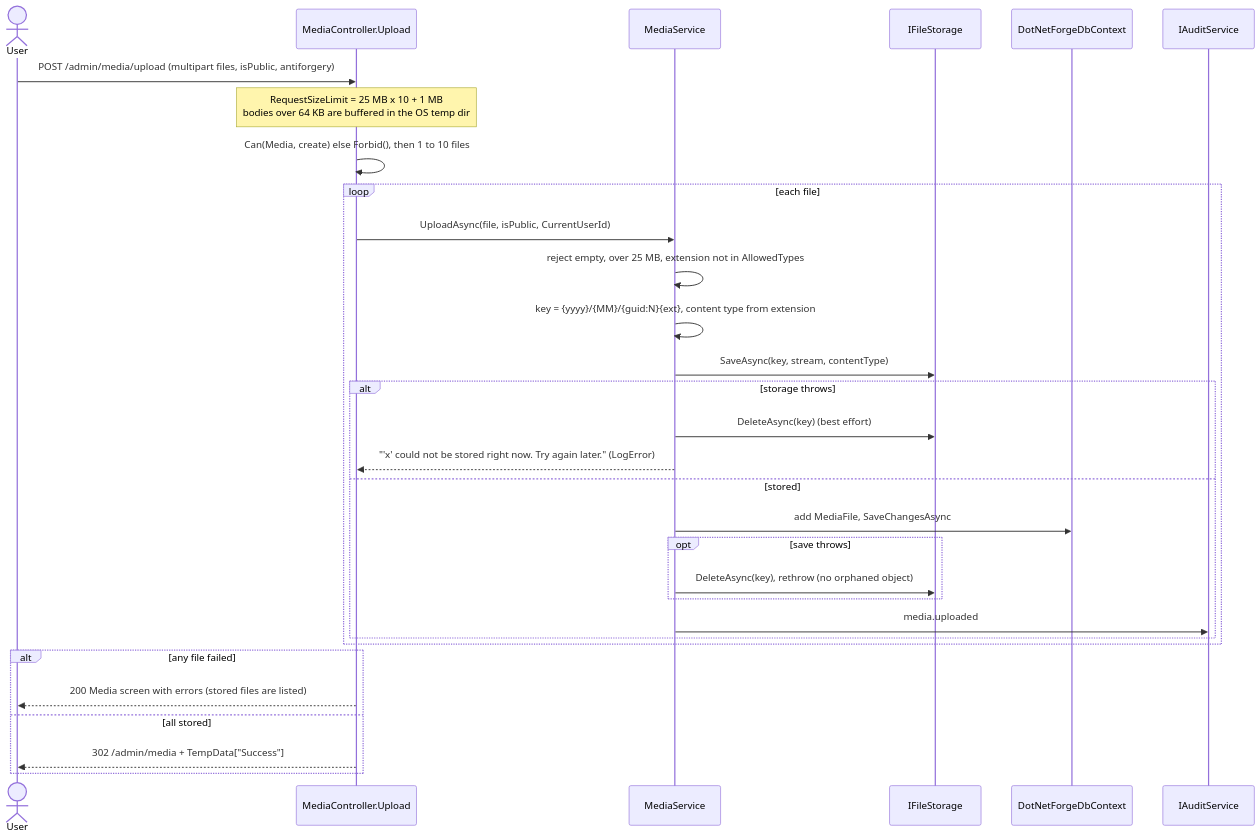
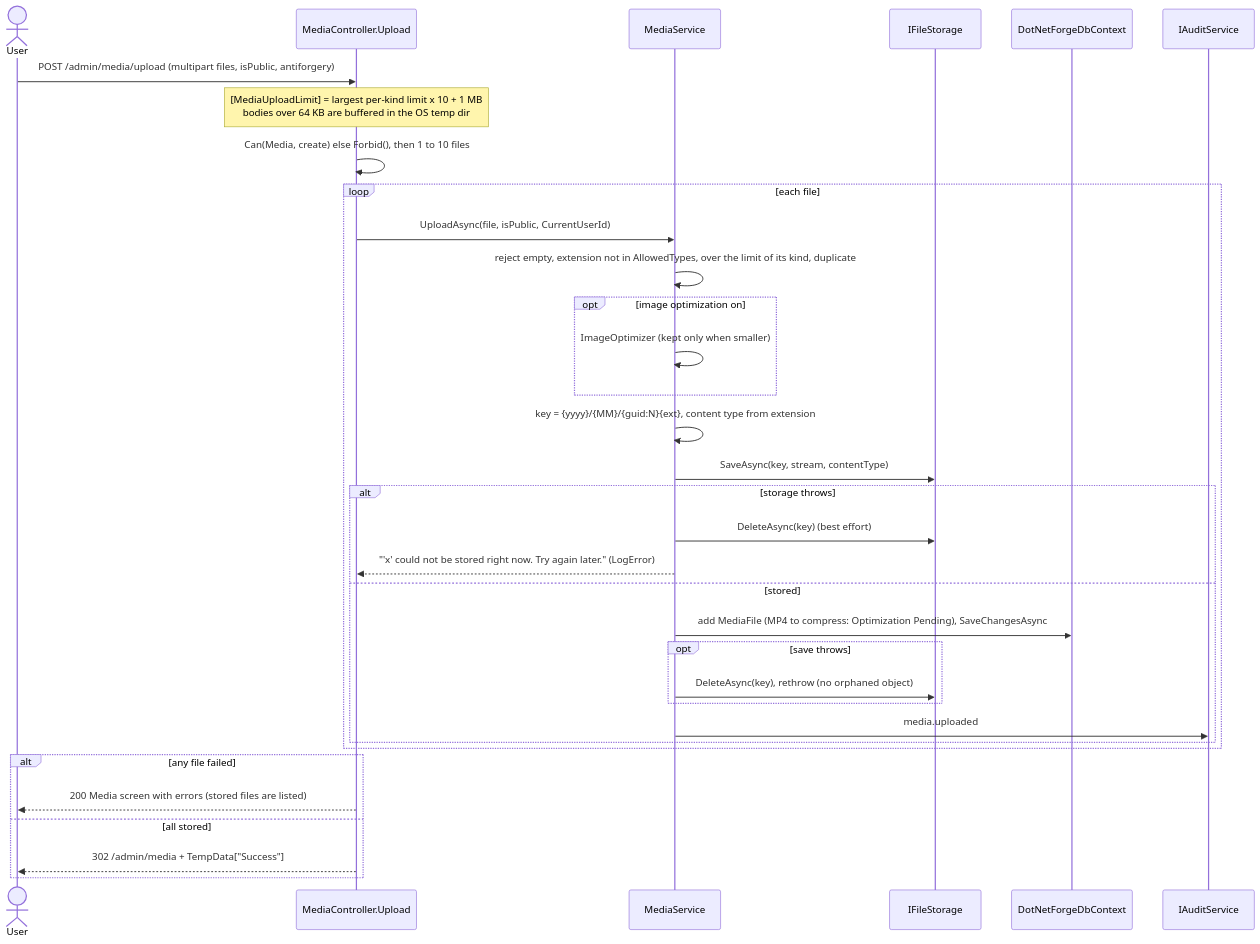
One commit to Albadit/DotNetForge changed the ninth of 12 diagrams in .docs/architecture/data-flow.md. Above: the diagram before and after it, drawn with Mermaid. The commit also changed other lines of this file and 143 other files, not shown here.

````diff
--- a/.docs/architecture/data-flow.md
+++ b/.docs/architecture/data-flow.md
@@ -344,33 +350,36 @@
 ```mermaid
 sequenceDiagram
     actor User
     participant MC as MediaController.Upload
     participant MS as MediaService
     participant FS as IFileStorage
     participant DB as DotNetForgeDbContext
     participant Aud as IAuditService
     User->>MC: POST /admin/media/upload (multipart files, isPublic, antiforgery)
-    Note over MC: RequestSizeLimit = 25 MB x 10 + 1 MB<br/>bodies over 64 KB are buffered in the OS temp dir
+    Note over MC: [MediaUploadLimit] = largest per-kind limit x 10 + 1 MB<br/>bodies over 64 KB are buffered in the OS temp dir
     MC->>MC: Can(Media, create) else Forbid(), then 1 to 10 files
     loop each file
         MC->>MS: UploadAsync(file, isPublic, CurrentUserId)
-        MS->>MS: reject empty, over 25 MB, extension not in AllowedTypes
+        MS->>MS: reject empty, extension not in AllowedTypes, over the limit of its kind, duplicate
+        opt image optimization on
+            MS->>MS: ImageOptimizer (kept only when smaller)
+        end
         MS->>MS: key = {yyyy}/{MM}/{guid:N}{ext}, content type from extension
         MS->>FS: SaveAsync(key, stream, contentType)
         alt storage throws
             MS->>FS: DeleteAsync(key) (best effort)
             MS-->>MC: "'x' could not be stored right now. Try again later." (LogError)
         else stored
-            MS->>DB: add MediaFile, SaveChangesAsync
+            MS->>DB: add MediaFile (MP4 to compress: Optimization Pending), SaveChangesAsync
             opt save throws
                 MS->>FS: DeleteAsync(key), rethrow (no orphaned object)
             end
             MS->>Aud: media.uploaded
         end
     end
     alt any file failed
         MC-->>User: 200 Media screen with errors (stored files are listed)
     else all stored
         MC-->>User: 302 /admin/media + TempData["Success"]
     end
 ```
````
